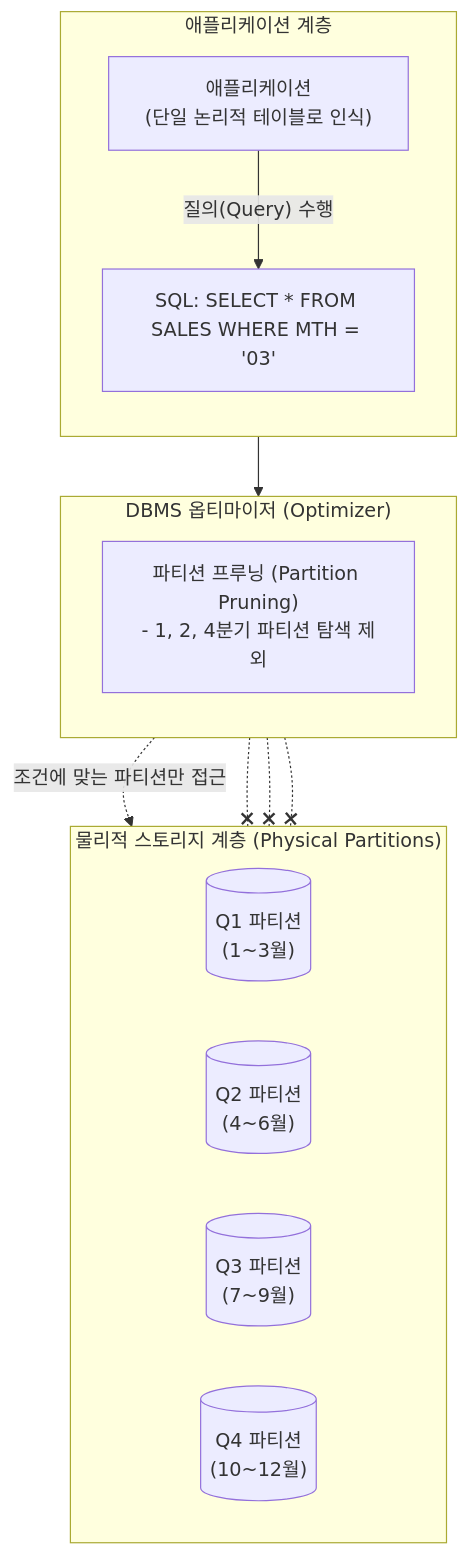
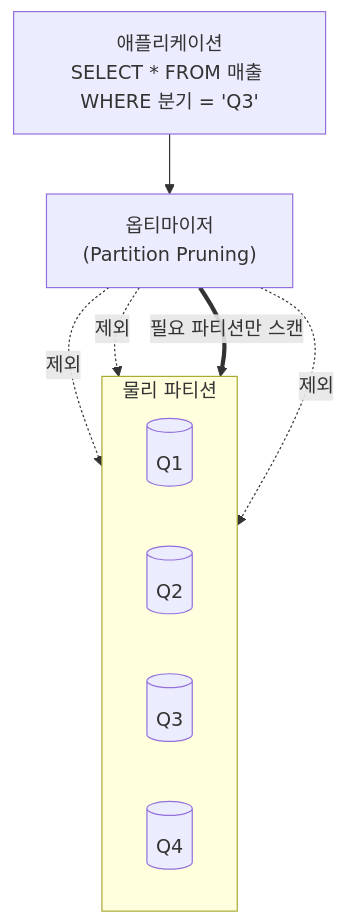
One commit to supremethumb/supremethumb.github.io changed the diagram in content/01_IT Tech/파티셔닝.md. Above: the diagram before and after it, drawn with Mermaid. The commit also changed other lines of this file and 1087 other files, not shown here.

````diff
--- a/content/01_IT Tech/파티셔닝.md
+++ b/content/01_IT Tech/파티셔닝.md
@@ -23,29 +36,15 @@
 ```mermaid
 flowchart TB
-    subgraph App_Layer["애플리케이션 계층"]
-        direction TB
-        App["애플리케이션<br/>(단일 논리적 테이블로 인식)"]
-        Query["SQL: SELECT * FROM SALES WHERE MTH = '03'"]
-        App -- "질의(Query) 수행" --> Query
+    App["애플리케이션<br/>SELECT * FROM 매출 WHERE 분기 = 'Q3'"] --> Opt["옵티마이저<br/>(Partition Pruning)"]
+    subgraph Storage["물리 파티션"]
+        direction LR
+        P1[("Q1")]
+        P2[("Q2")]
+        P3[("Q3")]
+        P4[("Q4")]
     end
-
-    subgraph DBMS_Optimizer["DBMS 옵티마이저 (Optimizer)"]
-        direction TB
-        Pruning["파티션 프루닝 (Partition Pruning)<br/>- 1, 2, 4분기 파티션 탐색 제외"]
-        Query --> Pruning
-    end
-
-    subgraph Storage_Layer["물리적 스토리지 계층 (Physical Partitions)"]
-        direction LR
-        P1[("Q1 파티션<br/>(1~3월)")]
-        P2[("Q2 파티션<br/>(4~6월)")]
-        P3[("Q3 파티션<br/>(7~9월)")]
-        P4[("Q4 파티션<br/>(10~12월)")]
-    end
-
-    Pruning -. "조건에 맞는 파티션만 접근" .-> P1
-    Pruning -.-x P2
-    Pruning -.-x P3
-    Pruning -.-x P4
-
+    Opt -. "제외" .-> P1
+    Opt -. "제외" .-> P2
+    Opt ==>|"필요 파티션만 스캔"| P3
+    Opt -. "제외" .-> P4
 ```
````
